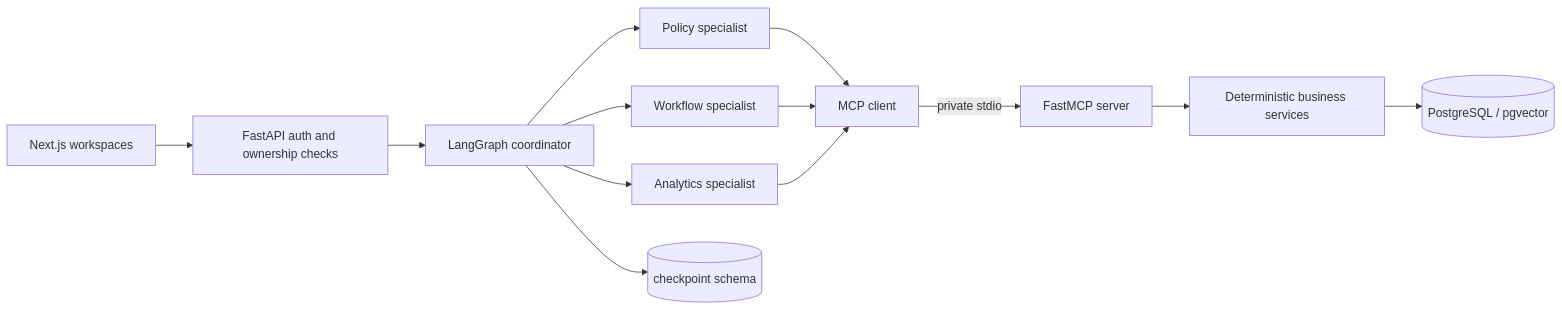
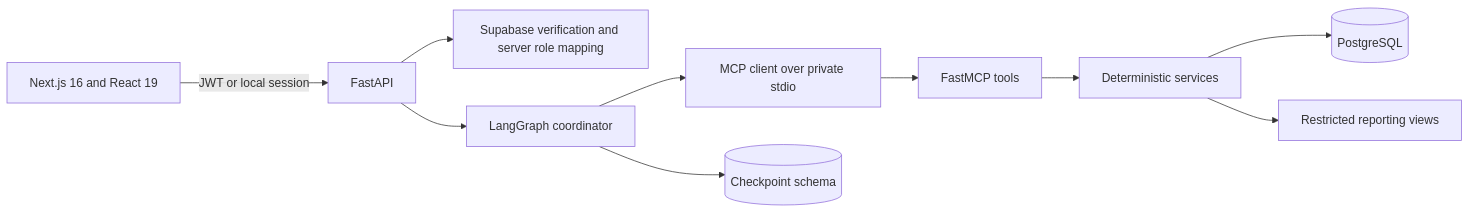
The diagram in docs/ARCHITECTURE.md (Ayushdk/AgentOS), drawn with Mermaid before and after one commit. The commit also changed other lines of this file and 36 other files, not shown here.

````diff
--- a/docs/ARCHITECTURE.md
+++ b/docs/ARCHITECTURE.md
@@ -3,13 +5,12 @@
 ```mermaid
 flowchart LR
-    UI[Next.js workspaces] --> API[FastAPI auth and ownership checks]
-    API --> G[LangGraph coordinator]
-    G --> P[Policy specialist]
-    G --> W[Workflow specialist]
-    G --> A[Analytics specialist]
-    P & W & A --> C[MCP client]
-    C -->|private stdio| S[FastMCP server]
-    S --> B[Deterministic business services]
-    B --> DB[(PostgreSQL / pgvector)]
-    G --> CP[(checkpoint schema)]
+  UI[Next.js 16 and React 19] -->|JWT or local session| API[FastAPI]
+  API --> AUTH[Supabase verification and server role mapping]
+  API --> GRAPH[LangGraph coordinator]
+  GRAPH --> MCP[MCP client over private stdio]
+  MCP --> TOOLS[FastMCP tools]
+  TOOLS --> DOMAIN[Deterministic services]
+  DOMAIN --> DB[(PostgreSQL)]
+  GRAPH --> CHECKPOINTS[(Checkpoint schema)]
+  DOMAIN --> REPORTING[Restricted reporting views]
 ```
````
